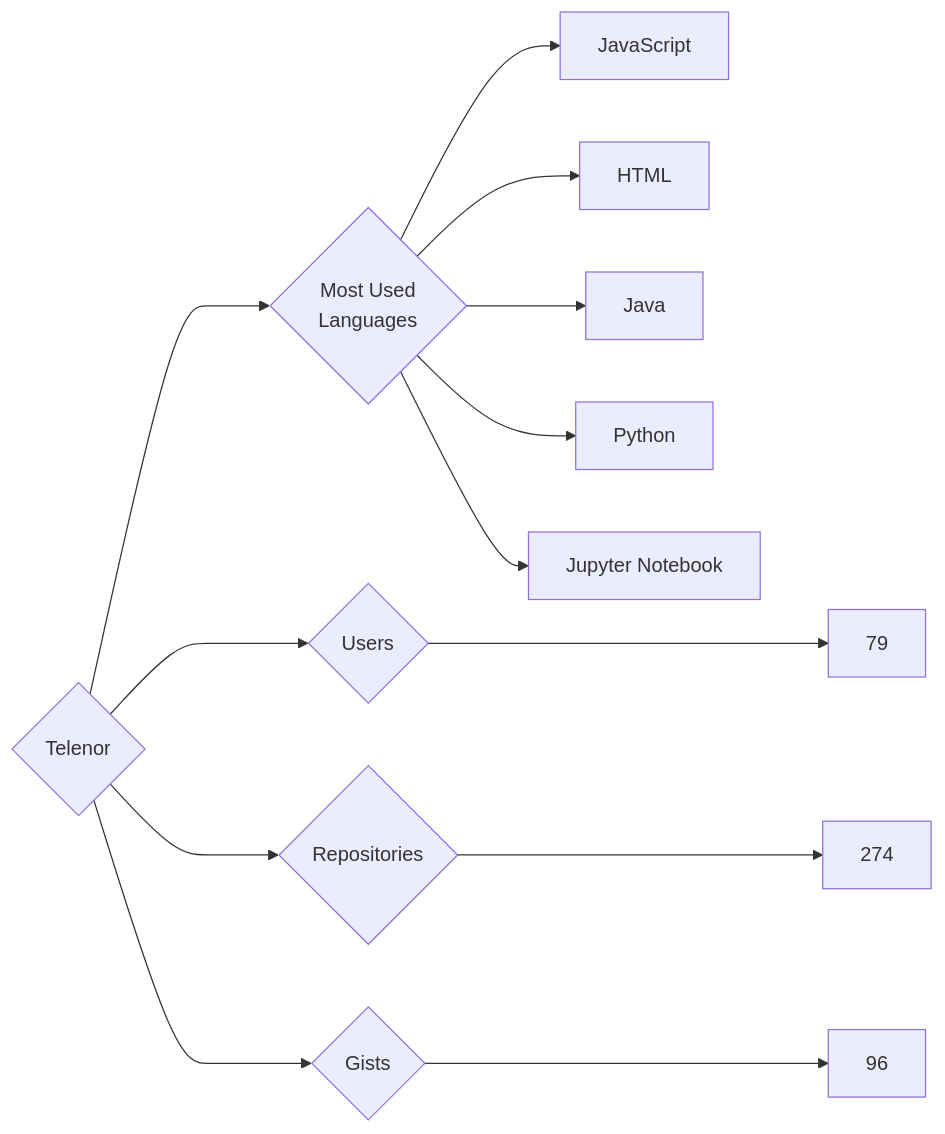
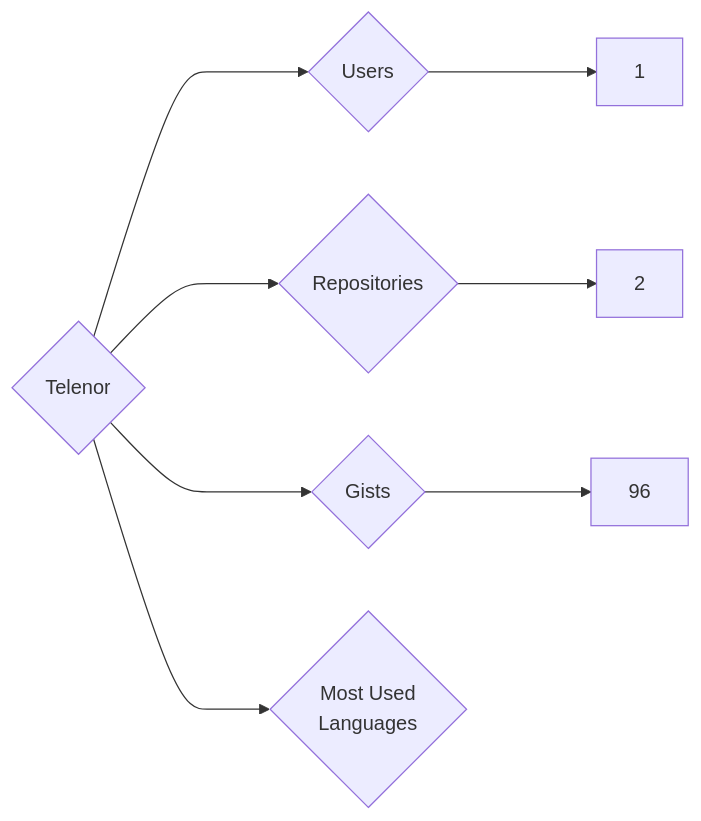
One commit to trickest/insiders changed the diagram in targets/Telenor/README.md. Above: the diagram before and after it, drawn with Mermaid. The commit also changed 776 other files, not shown here.

````diff
--- a/targets/Telenor/README.md
+++ b/targets/Telenor/README.md
@@ -3,13 +3,8 @@
 ```mermaid
 graph LR
 COMPANY_NAME{Telenor}
-COMPANY_NAME ---> U{Users} ---> UN[79]
-COMPANY_NAME ---> R{Repositories} ---> RN[274]
+COMPANY_NAME ---> U{Users} ---> UN[1]
+COMPANY_NAME ---> R{Repositories} ---> RN[2]
 COMPANY_NAME ---> G{Gists} ---> GN[96]
 COMPANY_NAME ---> ML{Most Used<br>Languages}
-ML --> JavaScript[JavaScript]
-ML --> HTML[HTML]
-ML --> Java[Java]
-ML --> Python[Python]
-ML --> Jupyter_Notebook[Jupyter Notebook]
 ```
````
